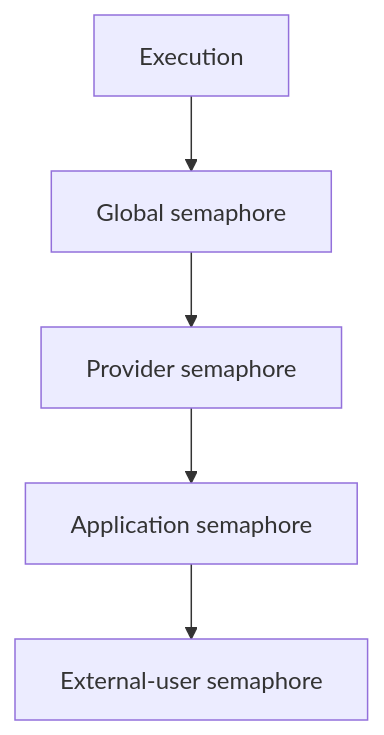
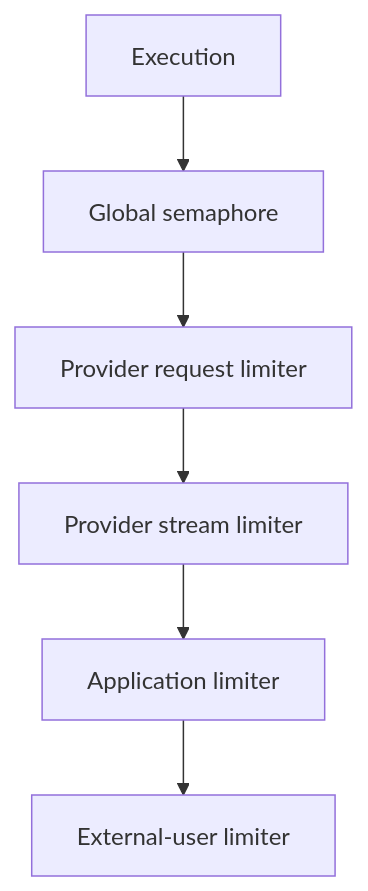
The diagram in docs/concurrency-and-backpressure.md (nurcahyo/moira), drawn with Mermaid before and after one commit. The commit also changed other lines of this file and 3 other files, not shown here.

````diff
--- a/docs/concurrency-and-backpressure.md
+++ b/docs/concurrency-and-backpressure.md
@@ -5,7 +5,8 @@
 ```mermaid
 flowchart TD
     A["Execution"] --> B["Global semaphore"]
-    B --> C["Provider semaphore"]
-    C --> D["Application semaphore"]
-    D --> E["External-user semaphore"]
+    B --> C["Provider request limiter"]
+    C --> D["Provider stream limiter"]
+    D --> E["Application limiter"]
+    E --> F["External-user limiter"]
 ```
````
